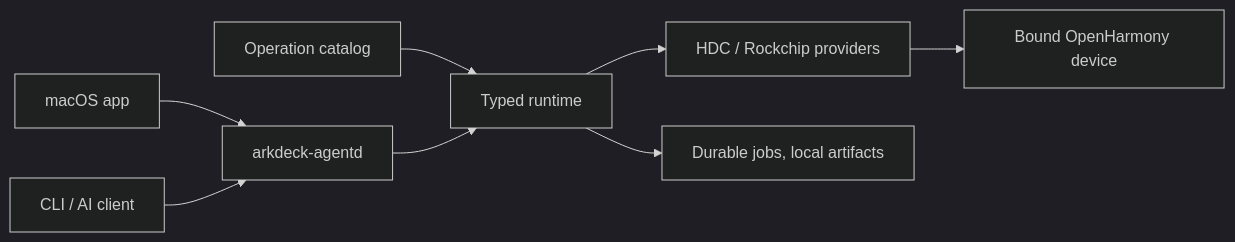
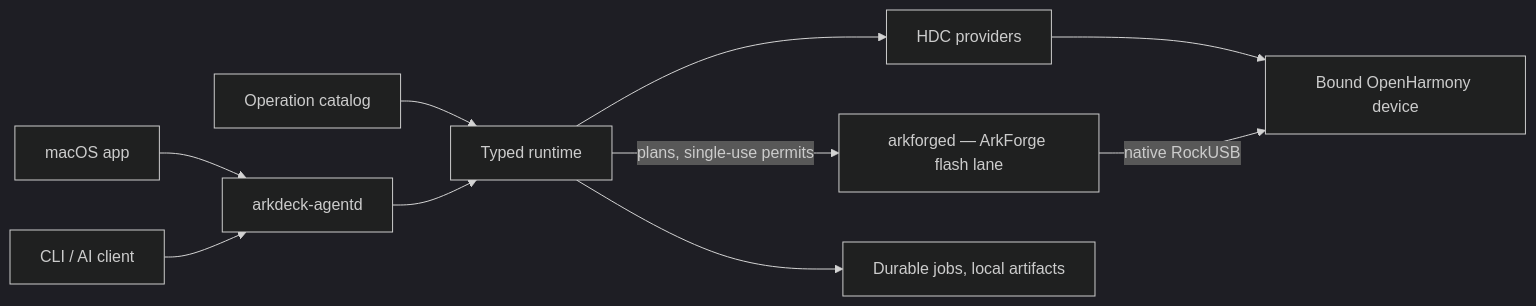
The diagram in README.md (ArkDeck/ArkDeck), drawn with Mermaid (dark theme) before and after one commit. The commit also changed other lines of this file and 15 other files, not shown here.

````diff
--- a/README.md
+++ b/README.md
@@ -70,10 +70,12 @@
 ```mermaid
 flowchart LR
     APP["macOS app"] --> DAEMON["arkdeck-agentd"]
     CLIENT["CLI / AI client"] --> DAEMON
     CATALOG["Operation catalog"] --> RUNTIME["Typed runtime"]
     DAEMON --> RUNTIME
-    RUNTIME --> PROVIDERS["HDC / Rockchip providers"]
+    RUNTIME --> PROVIDERS["HDC providers"]
     PROVIDERS --> DEVICE["Bound OpenHarmony device"]
+    RUNTIME -->|"plans, single-use permits"| LANE["arkforged — ArkForge flash lane"]
+    LANE -->|"native RockUSB"| DEVICE
     RUNTIME --> STORE["Durable jobs, local artifacts"]
 ```
````
